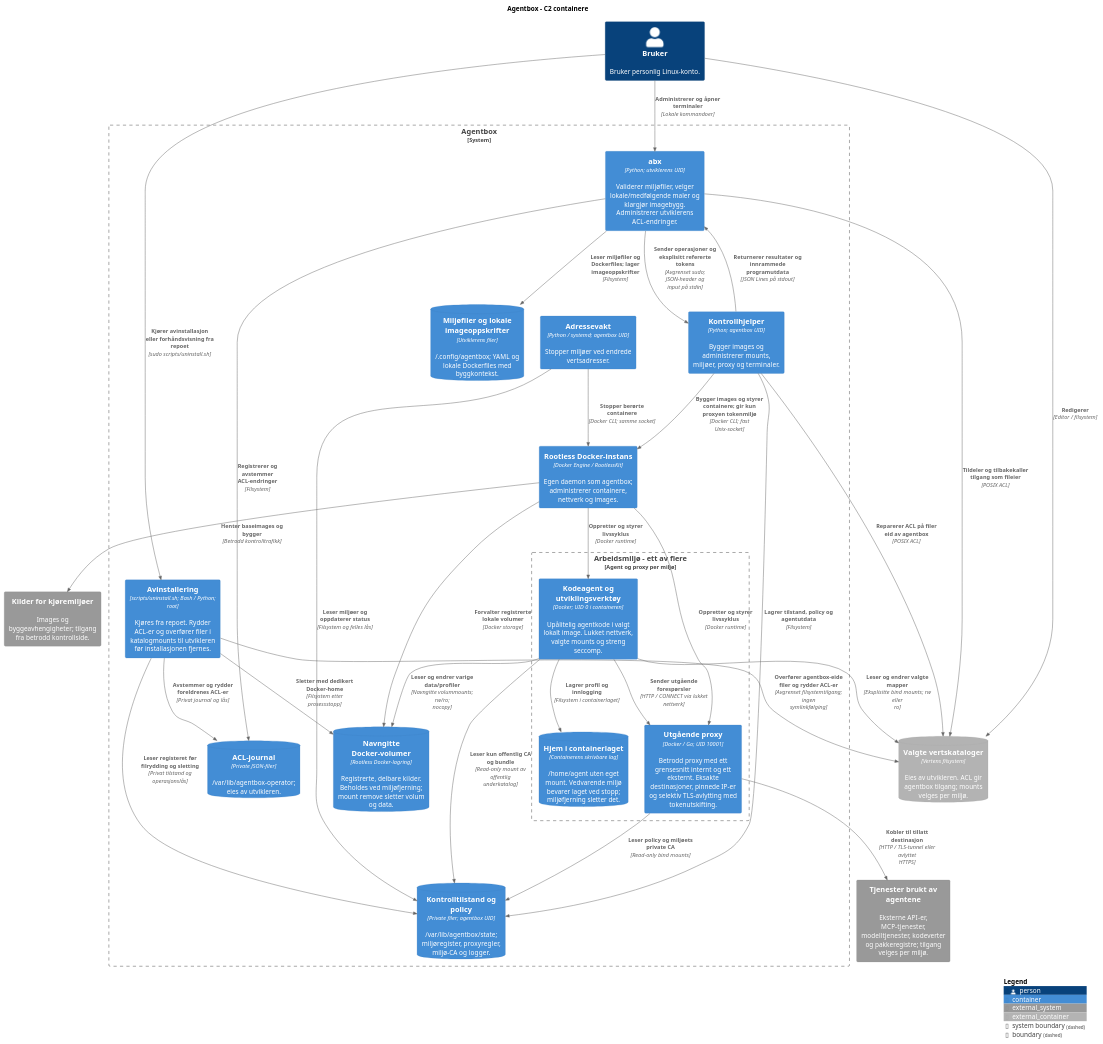
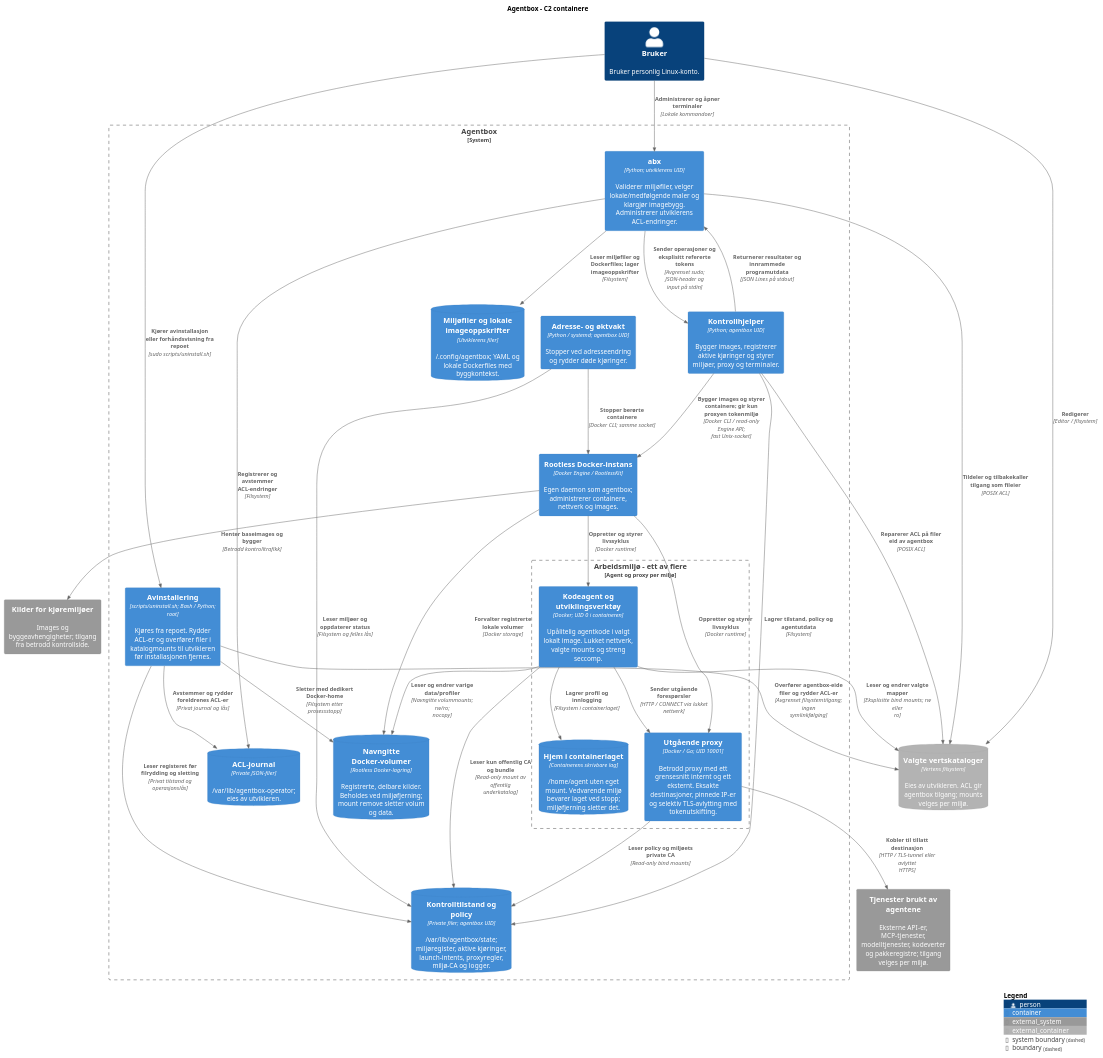
Before and after one commit to oisteink/agentbox: the second of 3 diagrams in docs/architecture-c4.md, drawn with PlantUML. The commit also changed other lines of this file and 41 other files, not shown here.

````diff
--- a/docs/architecture-c4.md
+++ b/docs/architecture-c4.md
@@ -59,60 +59,60 @@
 ```plantuml
 @startuml agentbox-containers
 !include <C4/C4_Container>
 LAYOUT_TOP_DOWN()
 title Agentbox - C2 containere
 
 Person(developer, "Bruker", "Bruker personlig Linux-konto.")
 ContainerDb_Ext(directories, "Valgte vertskataloger", "Vertens filsystem", "Eies av utvikleren. ACL gir agentbox tilgang; mounts velges per miljø.")
 System_Ext(services, "Tjenester brukt av agentene", "Eksterne API-er, MCP-tjenester, modelltjenester, kodeverter og pakkeregistre; tilgang velges per miljø.")
 System_Ext(registry, "Kilder for kjøremiljøer", "Images og byggeavhengigheter; tilgang fra betrodd kontrollside.")
 
 System_Boundary(agentbox, "Agentbox") {
     Container(cli, "abx", "Python; utviklerens UID", "Validerer miljøfiler, velger lokale/medfølgende maler og klargjør imagebygg. Administrerer utviklerens ACL-endringer.")
     ContainerDb(recipes, "Miljøfiler og lokale imageoppskrifter", "Utviklerens filer", "~/.config/agentbox; YAML og lokale Dockerfiles med byggkontekst.")
     ContainerDb(journal, "ACL-journal", "Private JSON-filer", "/var/lib/agentbox-operator; eies av utvikleren.")
-    Container(control, "Kontrollhjelper", "Python; agentbox UID", "Bygger images og administrerer mounts, miljøer, proxy og terminaler.")
+    Container(control, "Kontrollhjelper", "Python; agentbox UID", "Bygger images, registrerer aktive kjøringer og styrer miljøer, proxy og terminaler.")
     Container(uninstall, "Avinstallering", "scripts/uninstall.sh; Bash / Python; root", "Kjøres fra repoet. Rydder ACL-er og overfører filer i katalogmounts til utvikleren før installasjonen fjernes. ")
-    Container(watch, "Adressevakt", "Python / systemd; agentbox UID", "Stopper miljøer ved endrede vertsadresser.")
+    Container(watch, "Adresse- og øktvakt", "Python / systemd; agentbox UID", "Stopper ved adresseendring og rydder døde kjøringer.")
     ContainerDb(volumes, "Navngitte Docker-volumer", "Rootless Docker-lagring", "Registrerte, delbare kilder. Beholdes ved miljøfjerning; mount remove sletter volum og data.")
-    ContainerDb(state, "Kontrolltilstand og policy", "Private filer; agentbox UID", "/var/lib/agentbox/state; miljøregister, proxyregler, miljø-CA og logger.")
+    ContainerDb(state, "Kontrolltilstand og policy", "Private filer; agentbox UID", "/var/lib/agentbox/state; miljøregister, aktive kjøringer, launch-intents, proxyregler, miljø-CA og logger.")
     Container(docker, "Rootless Docker-instans", "Docker Engine / RootlessKit", "Egen daemon som agentbox; administrerer containere, nettverk og images.")
 
     Boundary(environment, "Arbeidsmiljø - ett av flere", "Agent og proxy per miljø") {
         Container(agent, "Kodeagent og utviklingsverktøy", "Docker; UID 0 i containeren", "Upålitelig agentkode i valgt lokalt image. Lukket nettverk, valgte mounts og streng seccomp.")
         Container(proxy, "Utgående proxy", "Docker / Go; UID 10001", "Betrodd proxy med ett grensesnitt internt og ett eksternt. Eksakte destinasjoner, pinnede IP-er og selektiv TLS-avlytting med tokenutskifting.")
         ContainerDb(home, "Hjem i containerlaget", "Containerens skrivbare lag", "/home/agent uten eget mount. Vedvarende miljø bevarer laget ved stopp; miljøfjerning sletter det.")
     }
 }
 
 Rel(developer, cli, "Administrerer og åpner terminaler", "Lokale kommandoer")
 Rel(developer, directories, "Redigerer", "Editor / filsystem")
 Rel(cli, recipes, "Leser miljøfiler og Dockerfiles; lager imageoppskrifter", "Filsystem")
 Rel(cli, journal, "Registrerer og avstemmer ACL-endringer", "Filsystem")
 Rel(cli, directories, "Tildeler og tilbakekaller tilgang som fileier", "POSIX ACL")
 Rel(cli, control, "Sender operasjoner og eksplisitt refererte tokens", "Avgrenset sudo; JSON-header og input på stdin")
 Rel(control, cli, "Returnerer resultater og innrammede programutdata", "JSON Lines på stdout")
 Rel(developer, uninstall, "Kjører avinstallasjon eller forhåndsvisning fra repoet", "sudo scripts/uninstall.sh")
 Rel(uninstall, directories, "Overfører agentbox-eide filer og rydder ACL-er", "Avgrenset filsystemtilgang; ingen symlinkfølging")
 Rel(uninstall, state, "Leser registeret før filrydding og sletting", "Privat tilstand og operasjonslås")
 Rel(uninstall, journal, "Avstemmer og rydder foreldrenes ACL-er", "Privat journal og lås")
 Rel(control, directories, "Reparerer ACL på filer eid av agentbox", "POSIX ACL")
 Rel(control, state, "Lagrer tilstand, policy og agentutdata", "Filsystem")
 Rel(watch, state, "Leser miljøer og oppdaterer status", "Filsystem og felles lås")
-Rel(control, docker, "Bygger images og styrer containere; gir kun proxyen tokenmiljø", "Docker CLI; fast Unix-socket")
+Rel(control, docker, "Bygger images og styrer containere; gir kun proxyen tokenmiljø", "Docker CLI / read-only Engine API; fast Unix-socket")
 Rel(watch, docker, "Stopper berørte containere", "Docker CLI; samme socket")
 Rel(docker, agent, "Oppretter og styrer livssyklus", "Docker runtime")
 Rel(docker, proxy, "Oppretter og styrer livssyklus", "Docker runtime")
 Rel(docker, registry, "Henter baseimages og bygger", "Betrodd kontrolltrafikk")
 Rel(agent, directories, "Leser og endrer valgte mapper", "Eksplisitte bind mounts; rw eller ro")
 Rel(docker, volumes, "Forvalter registrerte lokale volumer", "Docker storage")
 Rel(agent, volumes, "Leser og endrer varige data/profiler", "Navngitte volummounts; rw/ro; nocopy")
 Rel(uninstall, volumes, "Sletter med dedikert Docker-home", "Filsystem etter prosessstopp")
 Rel(agent, home, "Lagrer profil og innlogging", "Filsystem i containerlaget")
 Rel(agent, proxy, "Sender utgående forespørsler", "HTTP / CONNECT via lukket nettverk")
 Rel(proxy, state, "Leser policy og miljøets private CA", "Read-only bind mounts")
 Rel(agent, state, "Leser kun offentlig CA og bundle", "Read-only mount av offentlig underkatalog")
 Rel(proxy, services, "Kobler til tillatt destinasjon", "HTTP / TLS-tunnel eller avlyttet HTTPS")
 SHOW_LEGEND()
 @enduml
 ```
````
